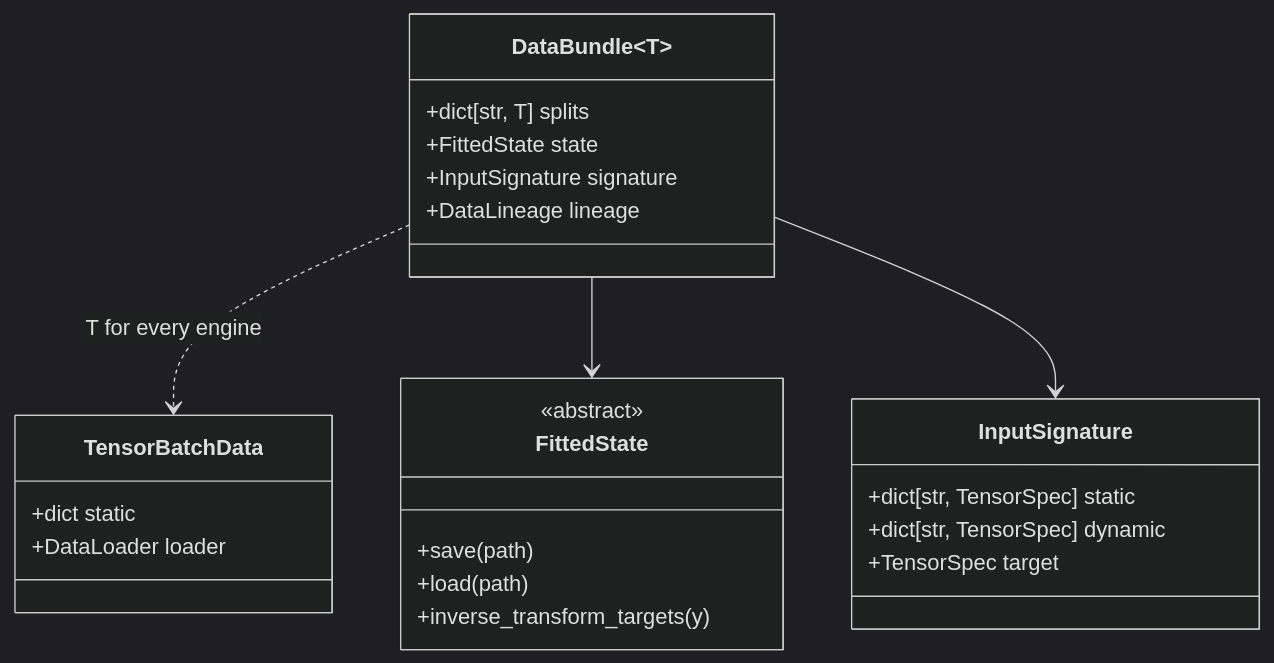
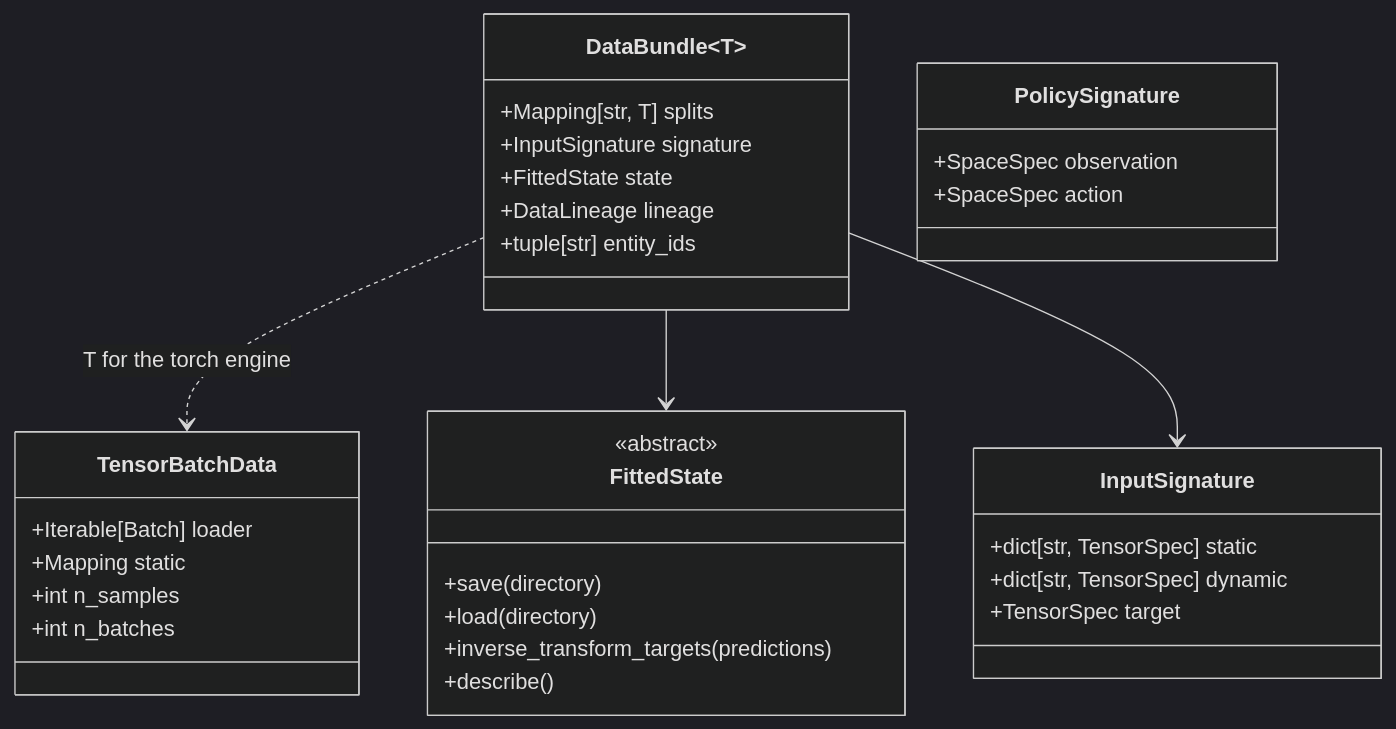
One commit to JStevens95/QuantStrata changed the sixth of 18 diagrams in src/rade_qnet/docs/ARCHITECTURE.md. Above: the diagram before and after it, drawn with Mermaid (dark theme). The commit also changed other lines of this file and 2 other files, not shown here.

First line of the commit message:
Bring ARCHITECTURE.md up to date, and mark what is planned

````diff
--- a/src/rade_qnet/docs/ARCHITECTURE.md
+++ b/src/rade_qnet/docs/ARCHITECTURE.md
@@ -251,27 +282,35 @@
 ```mermaid
 classDiagram
     class DataBundle~T~ {
-        +dict[str, T] splits
+        +Mapping[str, T] splits
+        +InputSignature signature
         +FittedState state
-        +InputSignature signature
         +DataLineage lineage
+        +tuple[str] entity_ids
     }
     class TensorBatchData {
-        +dict static
-        +DataLoader loader
+        +Iterable[Batch] loader
+        +Mapping static
+        +int n_samples
+        +int n_batches
     }
     class FittedState {
         <<abstract>>
-        +save(path)
-        +load(path)
-        +inverse_transform_targets(y)
+        +save(directory)
+        +load(directory)
+        +inverse_transform_targets(predictions)
+        +describe()
     }
     class InputSignature {
         +dict[str, TensorSpec] static
         +dict[str, TensorSpec] dynamic
         +TensorSpec target
     }
-    DataBundle~T~ ..> TensorBatchData : T for every engine
+    class PolicySignature {
+        +SpaceSpec observation
+        +SpaceSpec action
+    }
+    DataBundle~T~ ..> TensorBatchData : T for the torch engine
     DataBundle~T~ --> FittedState
     DataBundle~T~ --> InputSignature
 ```
````
